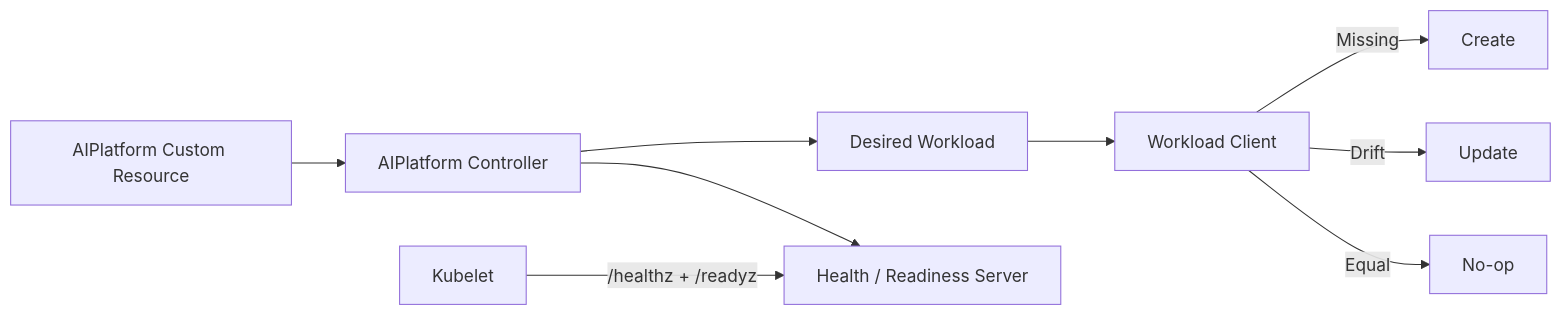
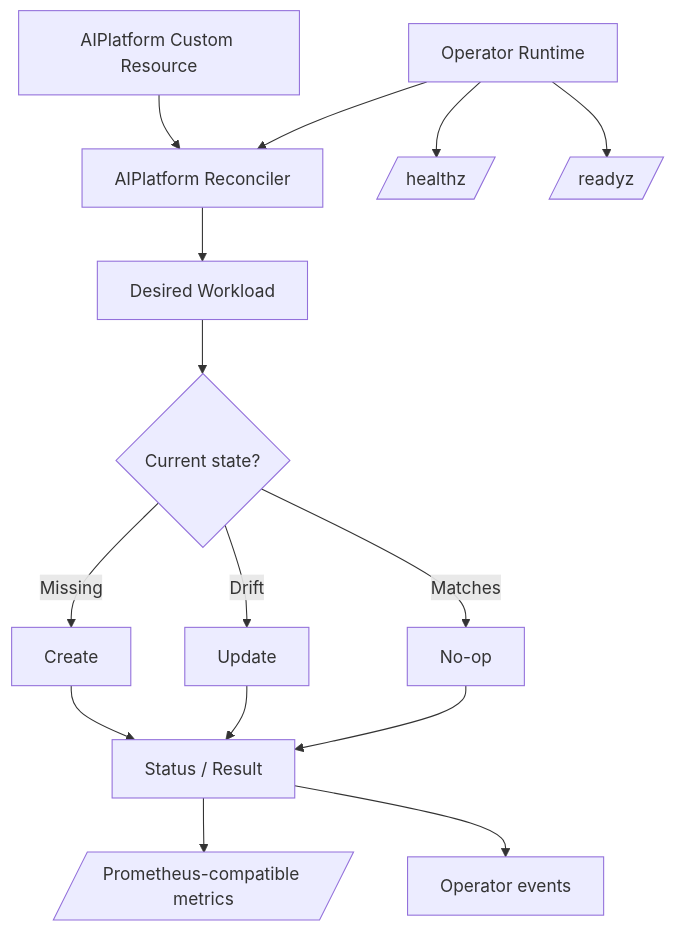
One commit to abdallauno1/platform-engineering-kubernetes-operator changed the diagram in README.md. Above: the diagram before and after it, drawn with Mermaid. The commit also changed other lines of this file and 19 other files, not shown here.

````diff
--- a/README.md
+++ b/README.md
@@ -23,11 +20,17 @@
 ```mermaid
-flowchart LR
-    CR[AIPlatform Custom Resource] --> Controller[AIPlatform Controller]
-    Controller --> Desired[Desired Workload]
-    Desired --> Client[Workload Client]
-    Client -->|Missing| Create[Create]
-    Client -->|Drift| Update[Update]
-    Client -->|Equal| NoOp[No-op]
-    Controller --> Health[Health / Readiness Server]
-    Kubelet[Kubelet] -->|/healthz + /readyz| Health
+flowchart TD
+  CR[AIPlatform Custom Resource] --> R[AIPlatform Reconciler]
+  R --> D[Desired Workload]
+  D --> C{Current state?}
+  C -->|Missing| CREATE[Create]
+  C -->|Drift| UPDATE[Update]
+  C -->|Matches| NOOP[No-op]
+  CREATE --> S[Status / Result]
+  UPDATE --> S
+  NOOP --> S
+  S --> METRICS[/Prometheus-compatible metrics/]
+  S --> EVENTS[Operator events]
+  RT[Operator Runtime] --> R
+  RT --> HEALTH[/healthz/]
+  RT --> READY[/readyz/]
 ```
````
